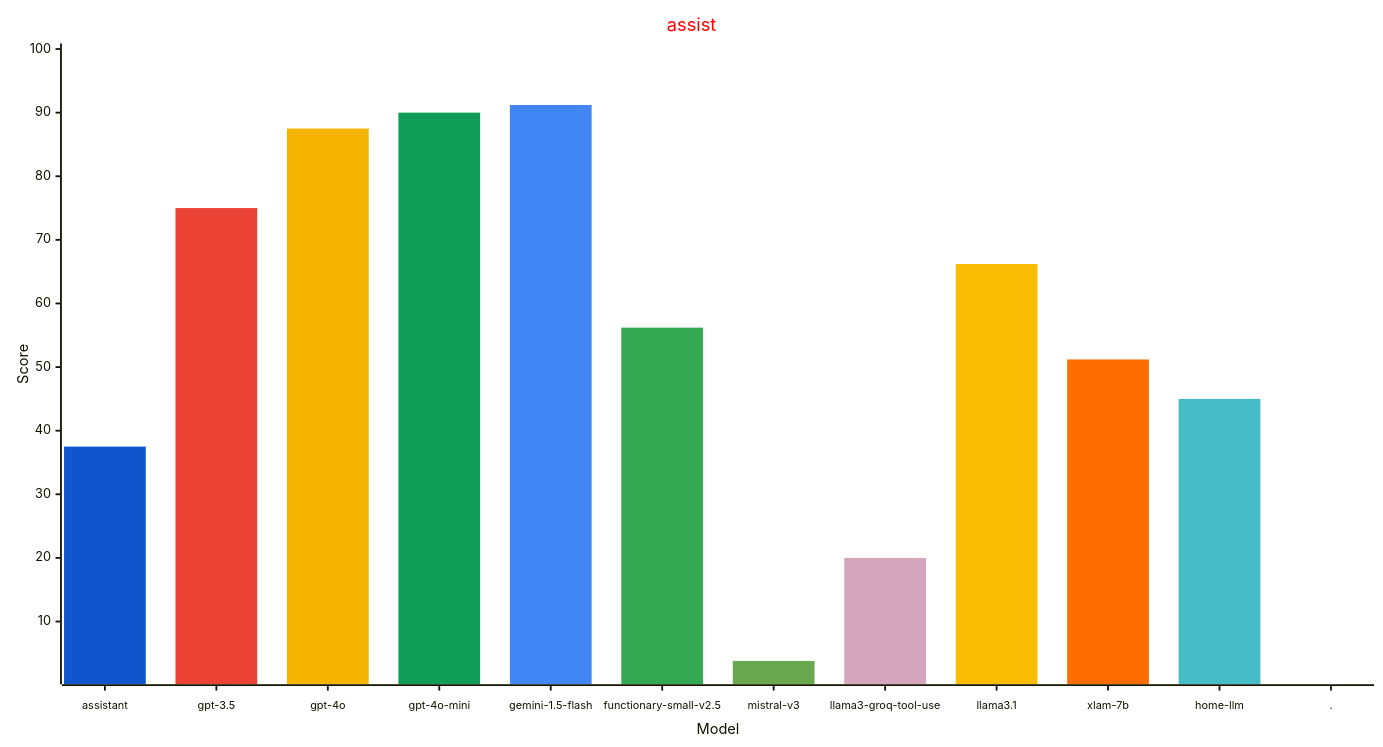
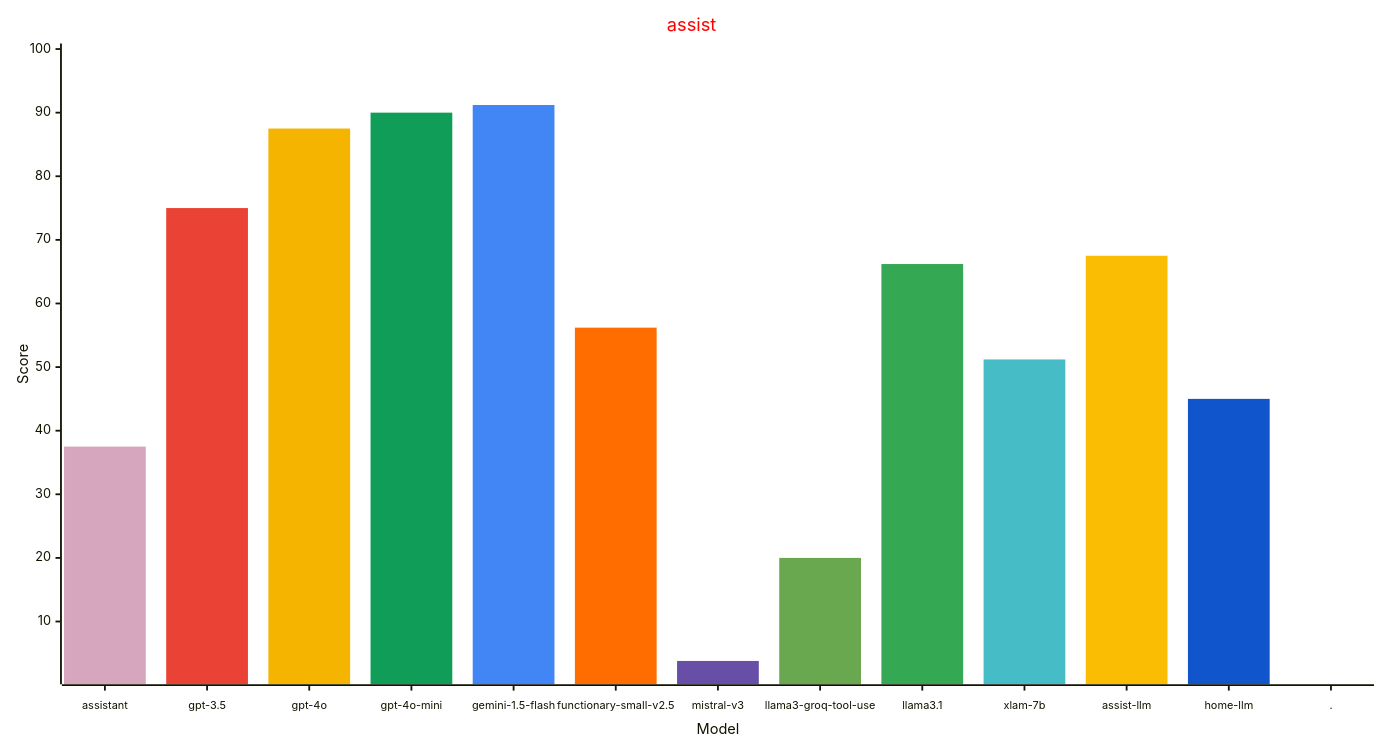
The first of 3 diagrams in reports/README.md (allenporter/home-assistant-datasets), drawn with Mermaid before and after one commit. The commit also changed other lines of this file and 81 other files, not shown here.

Commit message:
Update assist-llm assist benchmark

````diff
--- a/reports/README.md
+++ b/reports/README.md
@@ -40,32 +40,33 @@
 ```mermaid
 ---
 config:
     xyChart:
         width: 1500
         height: 800
         xAxis:
           labelFontSize: 12
           labelPadding: 8
     themeVariables:
         xyChart:
             titleColor: "#ff0000"
-            plotColorPalette: "#1155cc, #ea4335, #f4b400, #0f9d58, #4285f4, #34a853, #6aa84f, #d5a6bd, #fbbc04, #ff6d01, #46bdc6, #4285f4"
+            plotColorPalette: "#d5a6bd, #ea4335, #f4b400, #0f9d58, #4285f4, #ff6d01, #674ea7, #6aa84f, #34a853, #46bdc6, #fbbc04, #1155cc, #4285f4"
 
 ---
 xychart-beta
   title "assist"
-  x-axis "Model" [assistant, gpt-3.5, gpt-4o, gpt-4o-mini, gemini-1.5-flash, functionary-small-v2.5, mistral-v3, llama3-groq-tool-use, llama3.1, xlam-7b, home-llm, .]
+  x-axis "Model" [assistant, gpt-3.5, gpt-4o, gpt-4o-mini, gemini-1.5-flash, functionary-small-v2.5, mistral-v3, llama3-groq-tool-use, llama3.1, xlam-7b, assist-llm, home-llm, .]
   y-axis "Score" 1 --> 100
-  bar [37.5, 0.0, 0.0, 0.0, 0.0, 0.0, 0.0, 0.0, 0.0, 0.0, 0.0, 0.0]
-  bar [0.0, 75.0, 0.0, 0.0, 0.0, 0.0, 0.0, 0.0, 0.0, 0.0, 0.0, 0.0]
-  bar [0.0, 0.0, 87.5, 0.0, 0.0, 0.0, 0.0, 0.0, 0.0, 0.0, 0.0, 0.0]
-  bar [0.0, 0.0, 0.0, 90.0, 0.0, 0.0, 0.0, 0.0, 0.0, 0.0, 0.0, 0.0]
-  bar [0.0, 0.0, 0.0, 0.0, 91.2, 0.0, 0.0, 0.0, 0.0, 0.0, 0.0, 0.0]
-  bar [0.0, 0.0, 0.0, 0.0, 0.0, 56.2, 0.0, 0.0, 0.0, 0.0, 0.0, 0.0]
-  bar [0.0, 0.0, 0.0, 0.0, 0.0, 0.0, 3.8, 0.0, 0.0, 0.0, 0.0, 0.0]
-  bar [0.0, 0.0, 0.0, 0.0, 0.0, 0.0, 0.0, 20.0, 0.0, 0.0, 0.0, 0.0]
-  bar [0.0, 0.0, 0.0, 0.0, 0.0, 0.0, 0.0, 0.0, 66.2, 0.0, 0.0, 0.0]
-  bar [0.0, 0.0, 0.0, 0.0, 0.0, 0.0, 0.0, 0.0, 0.0, 51.2, 0.0, 0.0]
-  bar [0.0, 0.0, 0.0, 0.0, 0.0, 0.0, 0.0, 0.0, 0.0, 0.0, 45.0, 0.0]
-  bar [0.0, 0.0, 0.0, 0.0, 0.0, 0.0, 0.0, 0.0, 0.0, 0.0, 0.0, -1.0]
+  bar [37.5, 0.0, 0.0, 0.0, 0.0, 0.0, 0.0, 0.0, 0.0, 0.0, 0.0, 0.0, 0.0]
+  bar [0.0, 75.0, 0.0, 0.0, 0.0, 0.0, 0.0, 0.0, 0.0, 0.0, 0.0, 0.0, 0.0]
+  bar [0.0, 0.0, 87.5, 0.0, 0.0, 0.0, 0.0, 0.0, 0.0, 0.0, 0.0, 0.0, 0.0]
+  bar [0.0, 0.0, 0.0, 90.0, 0.0, 0.0, 0.0, 0.0, 0.0, 0.0, 0.0, 0.0, 0.0]
+  bar [0.0, 0.0, 0.0, 0.0, 91.2, 0.0, 0.0, 0.0, 0.0, 0.0, 0.0, 0.0, 0.0]
+  bar [0.0, 0.0, 0.0, 0.0, 0.0, 56.2, 0.0, 0.0, 0.0, 0.0, 0.0, 0.0, 0.0]
+  bar [0.0, 0.0, 0.0, 0.0, 0.0, 0.0, 3.8, 0.0, 0.0, 0.0, 0.0, 0.0, 0.0]
+  bar [0.0, 0.0, 0.0, 0.0, 0.0, 0.0, 0.0, 20.0, 0.0, 0.0, 0.0, 0.0, 0.0]
+  bar [0.0, 0.0, 0.0, 0.0, 0.0, 0.0, 0.0, 0.0, 66.2, 0.0, 0.0, 0.0, 0.0]
+  bar [0.0, 0.0, 0.0, 0.0, 0.0, 0.0, 0.0, 0.0, 0.0, 51.2, 0.0, 0.0, 0.0]
+  bar [0.0, 0.0, 0.0, 0.0, 0.0, 0.0, 0.0, 0.0, 0.0, 0.0, 67.5, 0.0, 0.0]
+  bar [0.0, 0.0, 0.0, 0.0, 0.0, 0.0, 0.0, 0.0, 0.0, 0.0, 0.0, 45.0, 0.0]
+  bar [0.0, 0.0, 0.0, 0.0, 0.0, 0.0, 0.0, 0.0, 0.0, 0.0, 0.0, 0.0, -1.0]
 ```
````
